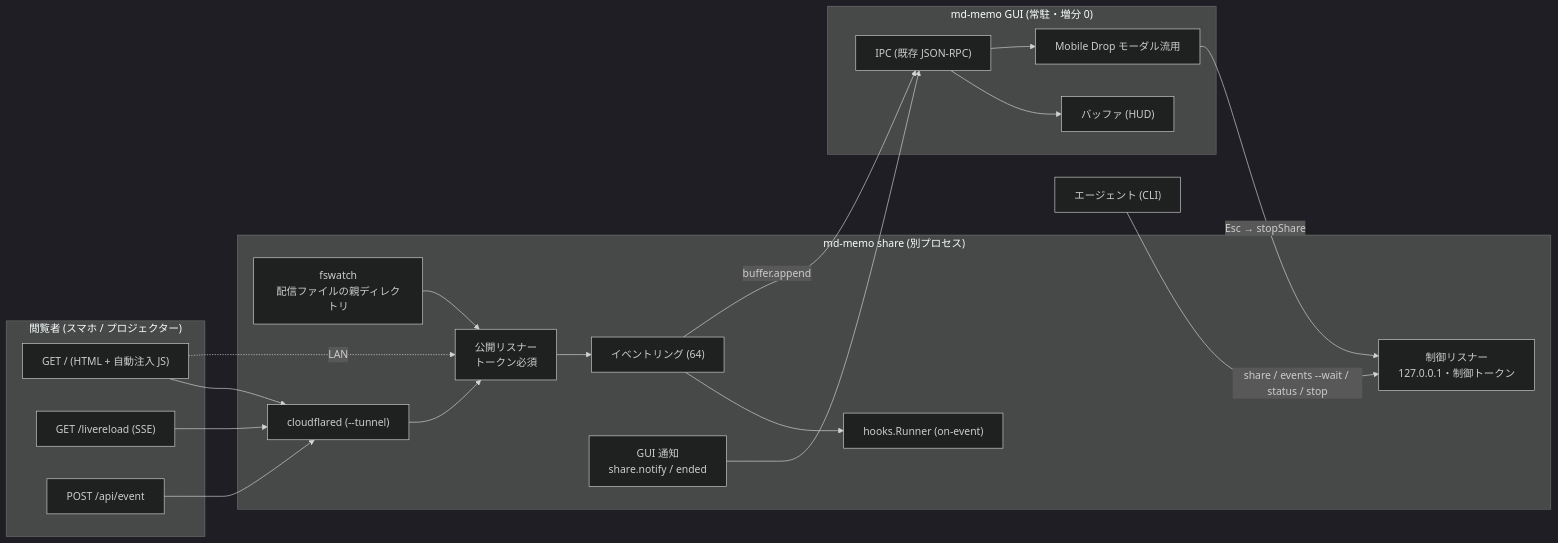
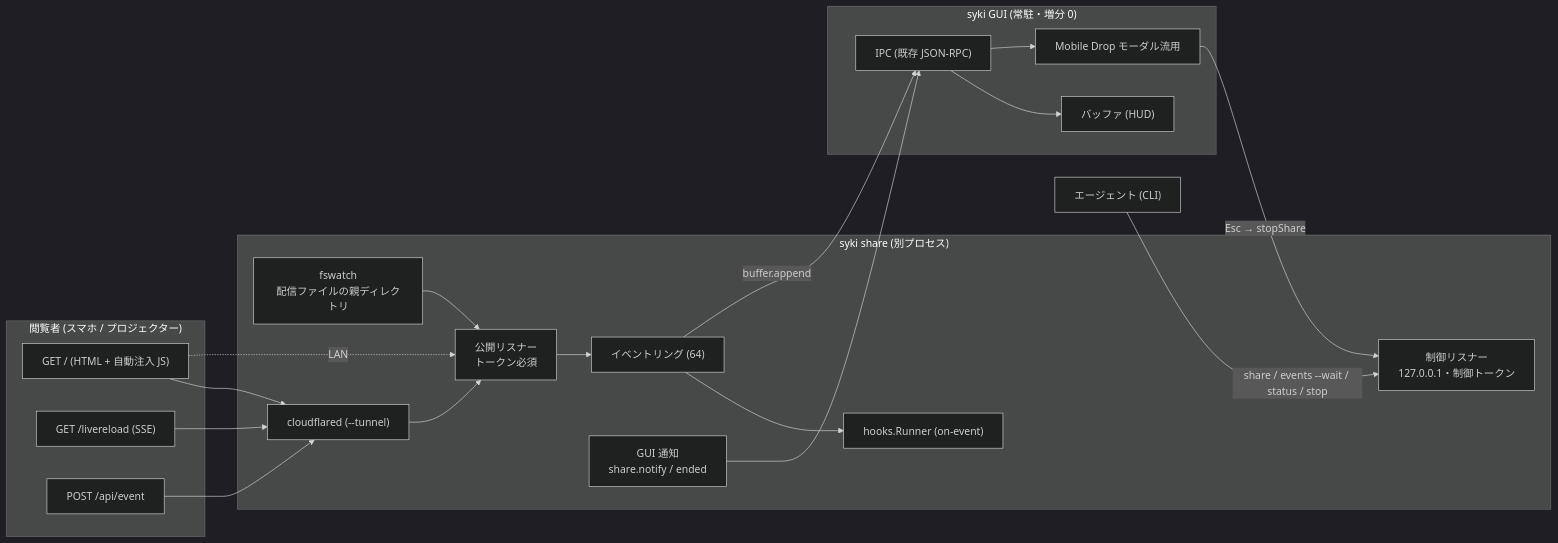
The diagram in docs/design/ephemeral-share-design.md (youshinh/syki-sok), drawn with Mermaid (dark theme) before and after one commit. The commit also changed other lines of this file and 298 other files, not shown here.

First line of the commit message:
chore: md-memo -> syki everywhere (names, markers, keys, symbols, documents)

````diff
--- a/docs/design/ephemeral-share-design.md
+++ b/docs/design/ephemeral-share-design.md
@@ -58,37 +58,37 @@
 ```mermaid
 flowchart LR
   subgraph Viewer["閲覧者 (スマホ / プロジェクター)"]
     V1["GET / (HTML + 自動注入 JS)"]
     V2["GET /livereload (SSE)"]
     V3["POST /api/event"]
   end
-  subgraph Share["md-memo share (別プロセス)"]
+  subgraph Share["syki share (別プロセス)"]
     PUB["公開リスナー<br/>トークン必須"]
     CTL["制御リスナー<br/>127.0.0.1・制御トークン"]
     FW["fswatch<br/>配信ファイルの親ディレクトリ"]
     EV["イベントリング (64)"]
     HK["hooks.Runner (on-event)"]
     TN["cloudflared (--tunnel)"]
     NT["GUI 通知<br/>share.notify / ended"]
   end
-  subgraph GUI["md-memo GUI (常駐・増分 0)"]
+  subgraph GUI["syki GUI (常駐・増分 0)"]
     IPC["IPC (既存 JSON-RPC)"]
     BUF["バッファ (HUD)"]
     MOD["Mobile Drop モーダル流用"]
   end
   AG["エージェント (CLI)"]
   V1 --> TN
   V2 --> TN
   V3 --> TN
   TN --> PUB
   V1 -.->|LAN| PUB
   FW --> PUB
   PUB --> EV
   EV --> HK
   EV -->|"buffer.append"| IPC
   IPC --> BUF
   NT --> IPC
   IPC --> MOD
   AG -->|"share / events --wait / status / stop"| CTL
   MOD -->|"Esc → stopShare"| CTL
 ```
````
